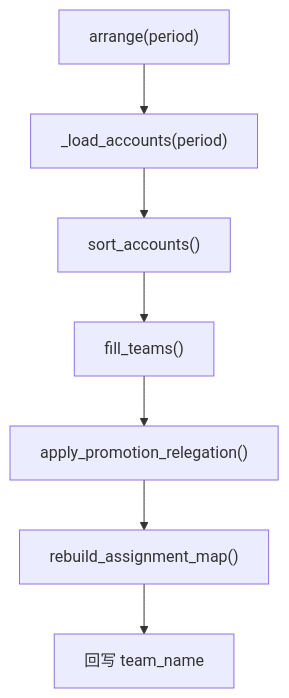
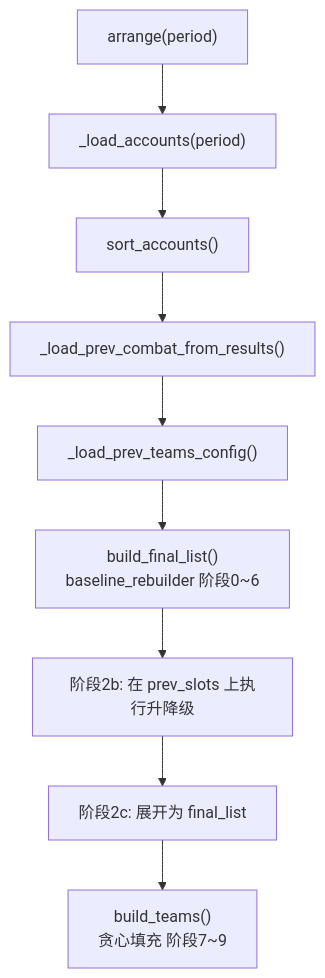
Before and after one commit to Pluto1944/sky-admin: the diagram in docs/04-promotion-relegation.md, drawn with Mermaid. The commit also changed other lines of this file and 11 other files, not shown here.

````diff
--- a/docs/04-promotion-relegation.md
+++ b/docs/04-promotion-relegation.md
@@ -132,9 +127,11 @@
 ```mermaid
 flowchart TD
     A["arrange(period)"] --> B["_load_accounts(period)"]
     B --> C["sort_accounts()"]
-    C --> D["fill_teams()"]
-    D --> E["apply_promotion_relegation()"]
-    E --> F["rebuild_assignment_map()"]
-    F --> G["回写 team_name"]
+    C --> D["_load_prev_combat_from_results()"]
+    D --> E["_load_prev_teams_config()"]
+    E --> F["build_final_list()<br/>baseline_rebuilder 阶段0~6"]
+    F --> G["阶段2b: 在 prev_slots 上执行升降级"]
+    G --> H["阶段2c: 展开为 final_list"]
+    H --> I["build_teams()<br/>贪心填充 阶段7~9"]
 ```
````
